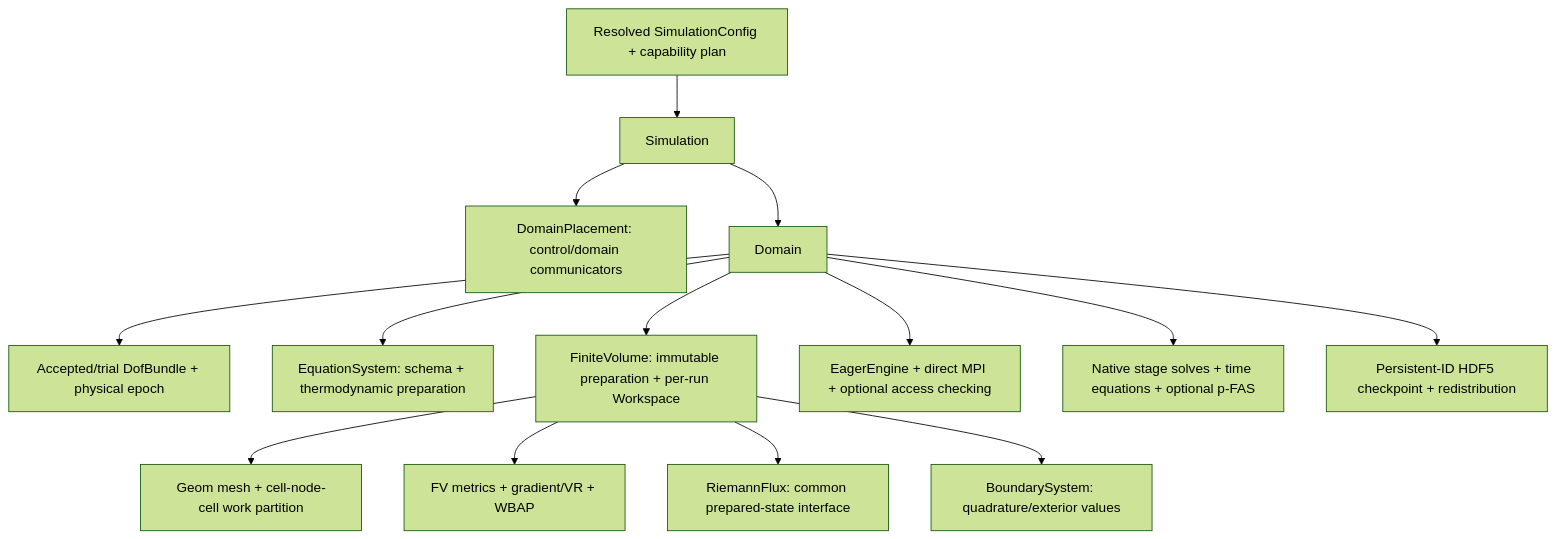
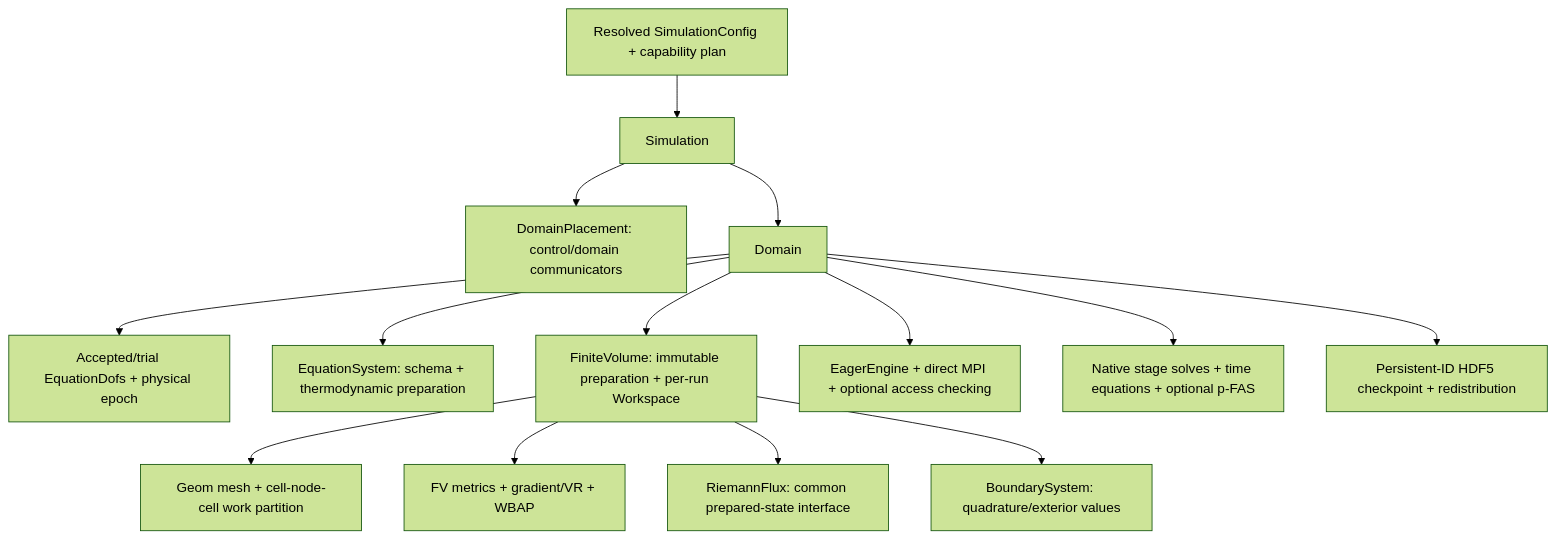
Before and after one commit to harryzhou2000/DNDSR: the first of 2 diagrams in docs/architecture/Cauchy.md, drawn with Mermaid (forest theme). The commit also changed other lines of this file and 18 other files, not shown here.

````diff
--- a/docs/architecture/Cauchy.md
+++ b/docs/architecture/Cauchy.md
@@ -13,16 +14,16 @@
 ```mermaid
 flowchart TD
     Config[Resolved SimulationConfig + capability plan] --> Simulation
     Simulation --> Placement[DomainPlacement: control/domain communicators]
     Simulation --> Domain
-    Domain --> State[Accepted/trial DofBundle + physical epoch]
+    Domain --> State[Accepted/trial EquationDofs + physical epoch]
     Domain --> Equation[EquationSystem: schema + thermodynamic preparation]
     Domain --> FV[FiniteVolume: immutable preparation + per-run Workspace]
     FV --> Geom[Geom mesh + cell-node-cell work partition]
     FV --> CFV[FV metrics + gradient/VR + WBAP]
     FV --> Flux[RiemannFlux: common prepared-state interface]
     FV --> BC[BoundarySystem: quadrature/exterior values]
     Domain --> Engine[EagerEngine + direct MPI + optional access checking]
     Domain --> Implicit[Native stage solves + time equations + optional p-FAS]
     Domain --> IO[Persistent-ID HDF5 checkpoint + redistribution]
 ```
````
